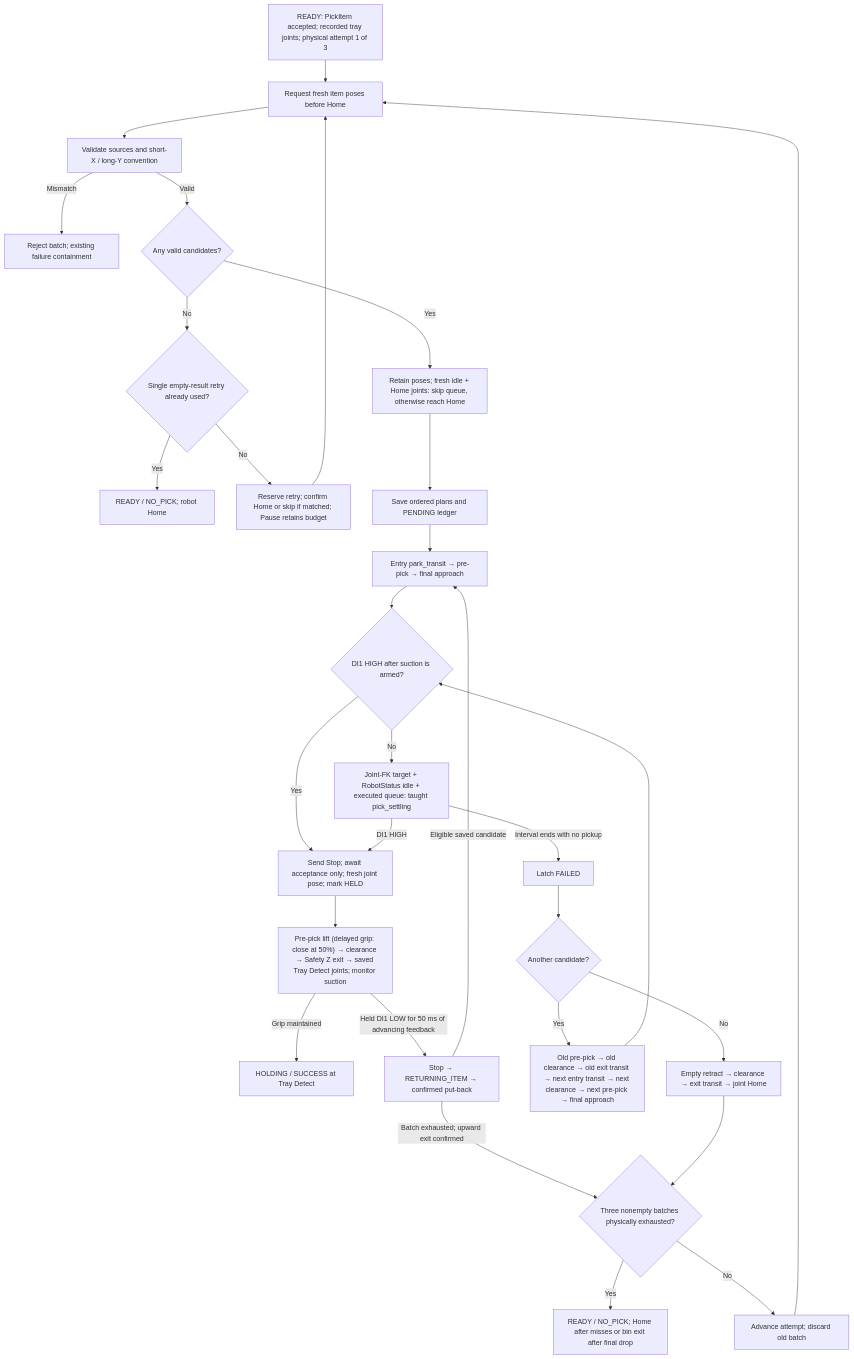
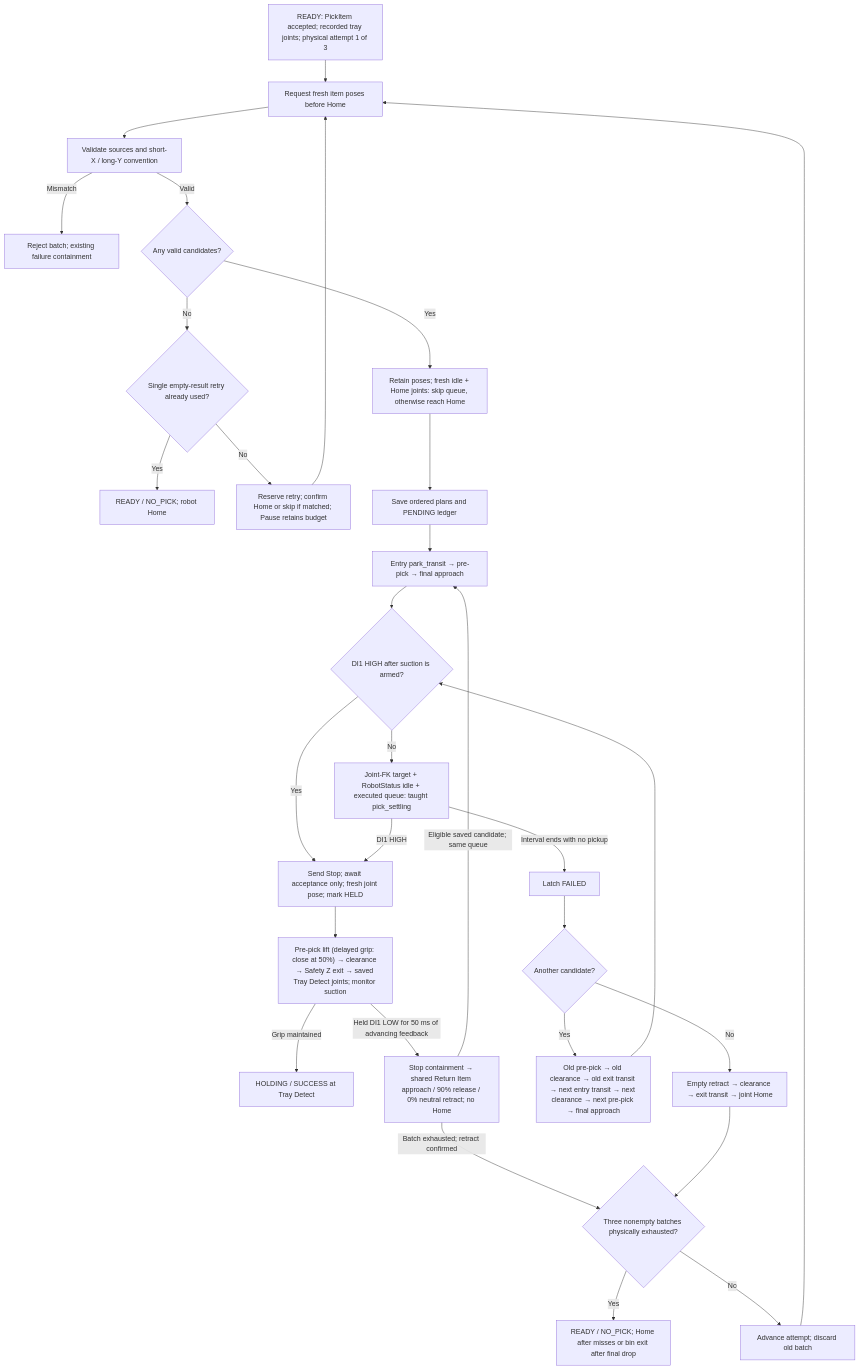
One commit to esgange/dobot_picknplace_yolo changed the third of 9 diagrams in docs/ROBOT_CONTROLLER_FSM.md. Above: the diagram before and after it, drawn with Mermaid. The commit also changed other lines of this file and 17 other files, not shown here.

Commit message:
Use paused Return Item route for automatic drop recovery

````diff
--- a/docs/ROBOT_CONTROLLER_FSM.md
+++ b/docs/ROBOT_CONTROLLER_FSM.md
@@ -515,33 +530,33 @@
 ```mermaid
 flowchart TD
     Request["READY: PickItem accepted; recorded tray joints; physical attempt 1 of 3"] --> Detect["Request fresh item poses before Home"]
     Detect --> Validate["Validate sources and short-X / long-Y convention"]
     Validate -->|Mismatch| Reject["Reject batch; existing failure containment"]
     Validate -->|Valid| Any{"Any valid candidates?"}
     Any -->|No| EmptyBudget{"Single empty-result retry already used?"}
     EmptyBudget -->|Yes| Empty["READY / NO_PICK; robot Home"]
     EmptyBudget -->|No| RetryHome["Reserve retry; confirm Home or skip if matched; Pause retains budget"]
     RetryHome --> Detect
     Limit{"Three nonempty batches physically exhausted?"}
     Limit -->|Yes| NoPick["READY / NO_PICK; Home after misses or bin exit after final drop"]
     Limit -->|No| Next["Advance attempt; discard old batch"]
     Next --> Detect
     Any -->|Yes| Home["Retain poses; fresh idle + Home joints: skip queue, otherwise reach Home"]
     Home --> Plan["Save ordered plans and PENDING ledger"]
     Plan --> Entry["Entry park_transit → pre-pick → final approach"]
     Entry --> Sense{"DI1 HIGH after suction is armed?"}
     Sense -->|Yes| Acquire["Send Stop; await acceptance only; fresh joint pose; mark HELD"]
     Sense -->|No| Settle["Joint-FK target + RobotStatus idle + executed queue: taught pick_settling"]
     Settle -->|DI1 HIGH| Acquire
     Settle -->|Interval ends with no pickup| Miss["Latch FAILED"]
     Acquire --> HeldReturn["Pre-pick lift (delayed grip: close at 50%) → clearance → Safety Z exit → saved Tray Detect joints; monitor suction"]
     HeldReturn -->|Grip maintained| Success["HOLDING / SUCCESS at Tray Detect"]
-    HeldReturn -->|Held DI1 LOW for 50 ms of advancing feedback| PutBack["Stop → RETURNING_ITEM → confirmed put-back"]
-    PutBack -->|Eligible saved candidate| Entry
-    PutBack -->|Batch exhausted; upward exit confirmed| Limit
+    HeldReturn -->|Held DI1 LOW for 50 ms of advancing feedback| PutBack["Stop containment → shared Return Item approach / 90% release / 0% neutral retract; no Home"]
+    PutBack -->|Eligible saved candidate; same queue| Entry
+    PutBack -->|Batch exhausted; retract confirmed| Limit
     Miss --> More{"Another candidate?"}
     More -->|Yes| Retry["Old pre-pick → old clearance → old exit transit → next entry transit → next clearance → next pre-pick → final approach"]
     Retry --> Sense
     More -->|No| Exhausted["Empty retract → clearance → exit transit → joint Home"]
     Exhausted --> Limit
 ```
````
